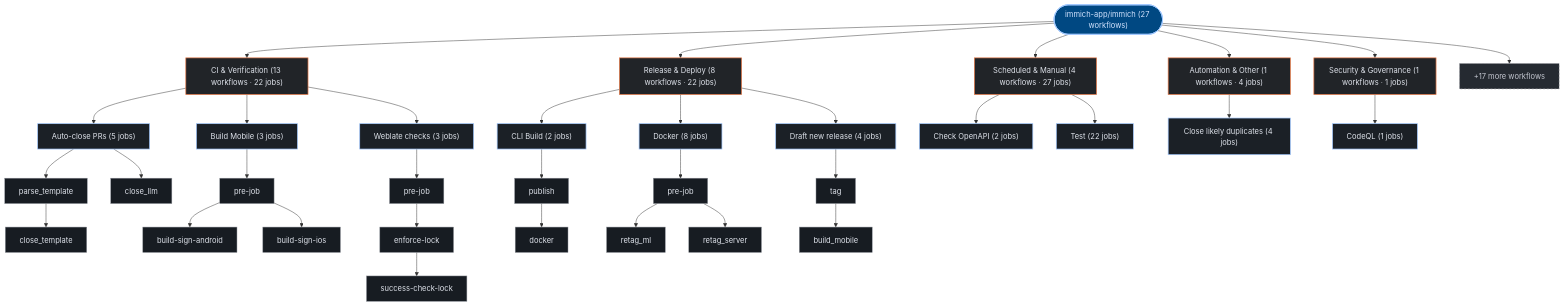
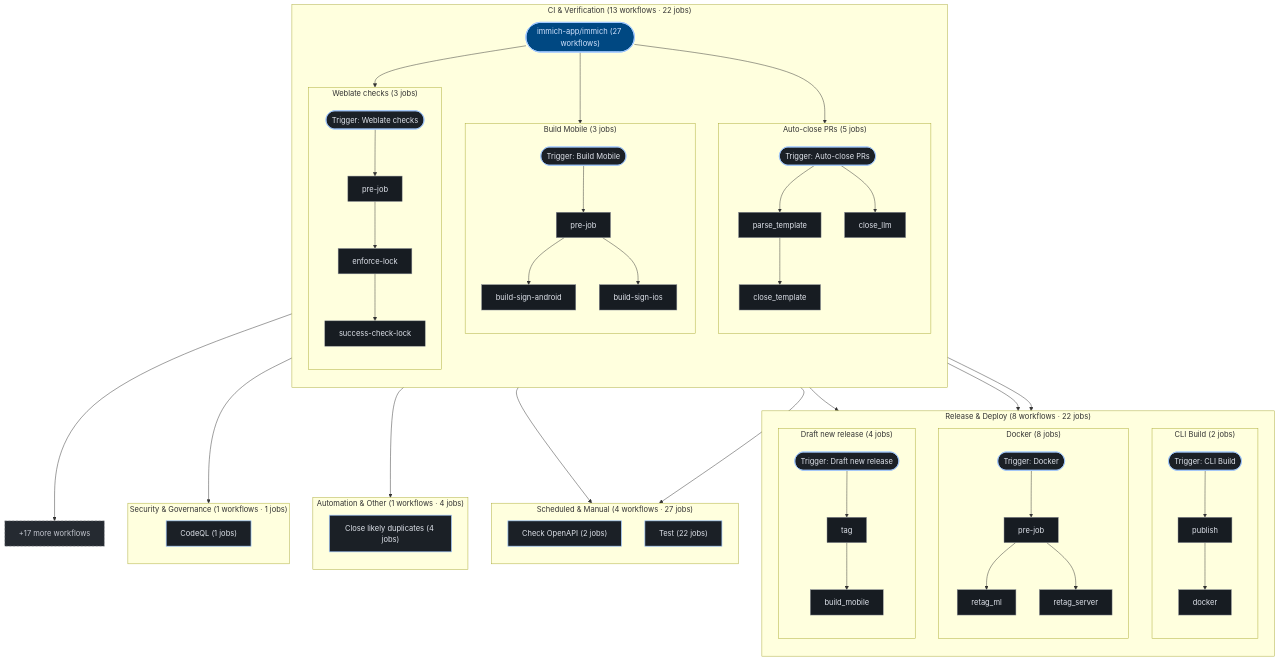
One commit to kumarshaz/atruss-code-atlas changed the third of 3 diagrams in exports/latest/reports/immich-app-immich-report.md. Above: the diagram before and after it, drawn with Mermaid. The commit also changed 181 other files, not shown here.

````diff
--- a/exports/latest/reports/immich-app-immich-report.md
+++ b/exports/latest/reports/immich-app-immich-report.md
@@ -577,68 +577,91 @@
   classDef atlasAlert fill:#93000a,stroke:#ffb4ab,stroke-width:1.5px,color:#ffdad6
   classDef atlasMore fill:#252a31,stroke:#8d9199,stroke-dasharray:4 4,color:#c3c6cf
   pipeline_root(["immich-app/immich (27 workflows)"]):::atlasRoot
-  grp_0_CI___Verification["CI & Verification (13 workflows · 22 jobs)"]:::atlasCategory
-  pipeline_root --> grp_0_CI___Verification
-  wf_0_Auto_close_PRs["Auto-close PRs (5 jobs)"]:::atlasWorkflow
-  grp_0_CI___Verification --> wf_0_Auto_close_PRs
-  job_0_parse_template["parse_template"]:::atlasJob
-  job_0_close_template["close_template"]:::atlasJob
-  job_0_close_llm["close_llm"]:::atlasJob
-  wf_0_Auto_close_PRs --> job_0_parse_template
-  job_0_parse_template --> job_0_close_template
-  wf_0_Auto_close_PRs --> job_0_close_llm
-  wf_2_Build_Mobile["Build Mobile (3 jobs)"]:::atlasWorkflow
-  grp_0_CI___Verification --> wf_2_Build_Mobile
-  job_2_pre_job["pre-job"]:::atlasJob
-  job_2_build_sign_android["build-sign-android"]:::atlasJob
-  job_2_build_sign_ios["build-sign-ios"]:::atlasJob
-  wf_2_Build_Mobile --> job_2_pre_job
-  job_2_pre_job --> job_2_build_sign_android
-  job_2_pre_job --> job_2_build_sign_ios
-  wf_26_Weblate_checks["Weblate checks (3 jobs)"]:::atlasWorkflow
-  grp_0_CI___Verification --> wf_26_Weblate_checks
-  job_26_pre_job["pre-job"]:::atlasJob
-  job_26_enforce_lock["enforce-lock"]:::atlasJob
-  job_26_success_check_lock["success-check-lock"]:::atlasJob
-  wf_26_Weblate_checks --> job_26_pre_job
-  job_26_pre_job --> job_26_enforce_lock
-  job_26_enforce_lock --> job_26_success_check_lock
-  grp_1_Release___Deploy["Release & Deploy (8 workflows · 22 jobs)"]:::atlasCategory
-  pipeline_root --> grp_1_Release___Deploy
-  wf_5_CLI_Build["CLI Build (2 jobs)"]:::atlasWorkflow
-  grp_1_Release___Deploy --> wf_5_CLI_Build
-  job_5_publish["publish"]:::atlasJob
-  job_5_docker["docker"]:::atlasJob
-  wf_5_CLI_Build --> job_5_publish
-  job_5_publish --> job_5_docker
-  wf_8_Docker["Docker (8 jobs)"]:::atlasWorkflow
-  grp_1_Release___Deploy --> wf_8_Docker
-  job_8_pre_job["pre-job"]:::atlasJob
-  job_8_retag_ml["retag_ml"]:::atlasJob
-  job_8_retag_server["retag_server"]:::atlasJob
-  wf_8_Docker --> job_8_pre_job
-  job_8_pre_job --> job_8_retag_ml
-  job_8_pre_job --> job_8_retag_server
-  wf_12_Draft_new_release["Draft new release (4 jobs)"]:::atlasWorkflow
-  grp_1_Release___Deploy --> wf_12_Draft_new_release
-  job_12_tag["tag"]:::atlasJob
-  job_12_build_mobile["build_mobile"]:::atlasJob
-  wf_12_Draft_new_release --> job_12_tag
-  job_12_tag --> job_12_build_mobile
-  grp_2_Scheduled___Manual["Scheduled & Manual (4 workflows · 27 jobs)"]:::atlasCategory
-  pipeline_root --> grp_2_Scheduled___Manual
-  wf_4_Check_OpenAPI["Check OpenAPI (2 jobs)"]:::atlasWorkflow
-  grp_2_Scheduled___Manual --> wf_4_Check_OpenAPI
-  wf_25_Test["Test (22 jobs)"]:::atlasWorkflow
-  grp_2_Scheduled___Manual --> wf_25_Test
-  grp_3_Automation___Other["Automation & Other (1 workflows · 4 jobs)"]:::atlasCategory
-  pipeline_root --> grp_3_Automation___Other
-  wf_6_Close_likely_duplicates["Close likely duplicates (4 jobs)"]:::atlasWorkflow
-  grp_3_Automation___Other --> wf_6_Close_likely_duplicates
-  grp_4_Security___Governance["Security & Governance (1 workflows · 1 jobs)"]:::atlasCategory
-  pipeline_root --> grp_4_Security___Governance
-  wf_7_CodeQL["CodeQL (1 jobs)"]:::atlasWorkflow
-  grp_4_Security___Governance --> wf_7_CodeQL
+  subgraph sg_grp_0_CI___Verification["CI & Verification (13 workflows · 22 jobs)"]
+    direction TB
+    subgraph sg_wf_0_Auto_close_PRs["Auto-close PRs (5 jobs)"]
+      direction TB
+      wf_0_Auto_close_PRs(["Trigger: Auto-close PRs"]):::atlasWorkflow
+      job_0_parse_template["parse_template"]:::atlasJob
+      job_0_close_template["close_template"]:::atlasJob
+      job_0_close_llm["close_llm"]:::atlasJob
+      wf_0_Auto_close_PRs --> job_0_parse_template
+      job_0_parse_template --> job_0_close_template
+      wf_0_Auto_close_PRs --> job_0_close_llm
+    end
+    pipeline_root --> wf_0_Auto_close_PRs
+    subgraph sg_wf_2_Build_Mobile["Build Mobile (3 jobs)"]
+      direction TB
+      wf_2_Build_Mobile(["Trigger: Build Mobile"]):::atlasWorkflow
+      job_2_pre_job["pre-job"]:::atlasJob
+      job_2_build_sign_android["build-sign-android"]:::atlasJob
+      job_2_build_sign_ios["build-sign-ios"]:::atlasJob
+      wf_2_Build_Mobile --> job_2_pre_job
+      job_2_pre_job --> job_2_build_sign_android
+      job_2_pre_job --> job_2_build_sign_ios
+    end
+    pipeline_root --> wf_2_Build_Mobile
+    subgraph sg_wf_26_Weblate_checks["Weblate checks (3 jobs)"]
+      direction TB
+      wf_26_Weblate_checks(["Trigger: Weblate checks"]):::atlasWorkflow
+      job_26_pre_job["pre-job"]:::atlasJob
+      job_26_enforce_lock["enforce-lock"]:::atlasJob
+      job_26_success_check_lock["success-check-lock"]:::atlasJob
+      wf_26_Weblate_checks --> job_26_pre_job
+      job_26_pre_job --> job_26_enforce_lock
+      job_26_enforce_lock --> job_26_success_check_lock
+    end
+    pipeline_root --> wf_26_Weblate_checks
+  end
+  subgraph sg_grp_1_Release___Deploy["Release & Deploy (8 workflows · 22 jobs)"]
+    direction TB
+    subgraph sg_wf_5_CLI_Build["CLI Build (2 jobs)"]
+      direction TB
+      wf_5_CLI_Build(["Trigger: CLI Build"]):::atlasWorkflow
+      job_5_publish["publish"]:::atlasJob
+      job_5_docker["docker"]:::atlasJob
+      wf_5_CLI_Build --> job_5_publish
+      job_5_publish --> job_5_docker
+    end
+    pipeline_root --> wf_5_CLI_Build
+    subgraph sg_wf_8_Docker["Docker (8 jobs)"]
+      direction TB
+      wf_8_Docker(["Trigger: Docker"]):::atlasWorkflow
+      job_8_pre_job["pre-job"]:::atlasJob
+      job_8_retag_ml["retag_ml"]:::atlasJob
+      job_8_retag_server["retag_server"]:::atlasJob
+      wf_8_Docker --> job_8_pre_job
+      job_8_pre_job --> job_8_retag_ml
+      job_8_pre_job --> job_8_retag_server
+    end
+    pipeline_root --> wf_8_Docker
+    subgraph sg_wf_12_Draft_new_release["Draft new release (4 jobs)"]
+      direction TB
+      wf_12_Draft_new_release(["Trigger: Draft new release"]):::atlasWorkflow
+      job_12_tag["tag"]:::atlasJob
+      job_12_build_mobile["build_mobile"]:::atlasJob
+      wf_12_Draft_new_release --> job_12_tag
+      job_12_tag --> job_12_build_mobile
+    end
+    pipeline_root --> wf_12_Draft_new_release
+  end
+  subgraph sg_grp_2_Scheduled___Manual["Scheduled & Manual (4 workflows · 27 jobs)"]
+    direction TB
+    wf_4_Check_OpenAPI["Check OpenAPI (2 jobs)"]:::atlasWorkflow
+    pipeline_root --> wf_4_Check_OpenAPI
+    wf_25_Test["Test (22 jobs)"]:::atlasWorkflow
+    pipeline_root --> wf_25_Test
+  end
+  subgraph sg_grp_3_Automation___Other["Automation & Other (1 workflows · 4 jobs)"]
+    direction TB
+    wf_6_Close_likely_duplicates["Close likely duplicates (4 jobs)"]:::atlasWorkflow
+    pipeline_root --> wf_6_Close_likely_duplicates
+  end
+  subgraph sg_grp_4_Security___Governance["Security & Governance (1 workflows · 1 jobs)"]
+    direction TB
+    wf_7_CodeQL["CodeQL (1 jobs)"]:::atlasWorkflow
+    pipeline_root --> wf_7_CodeQL
+  end
   wf_more["+17 more workflows"]:::atlasMore
   pipeline_root --> wf_more
 ```
````
